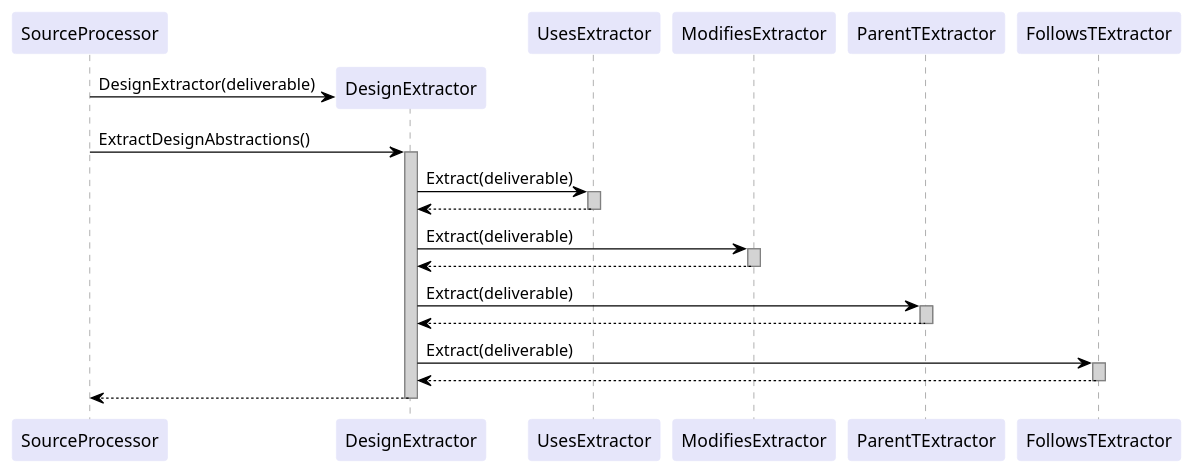
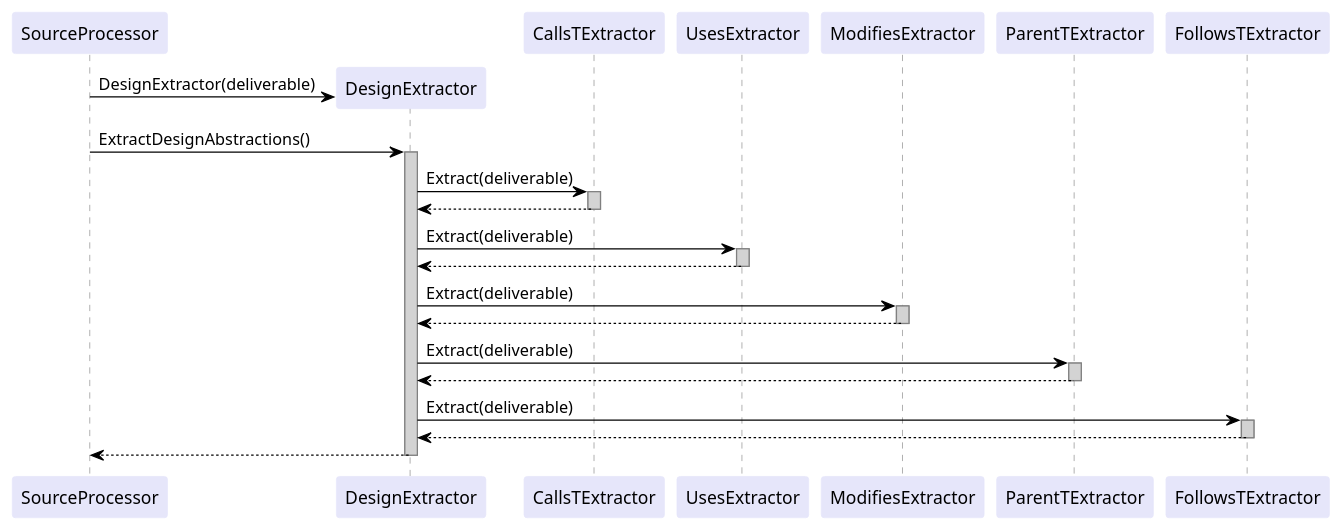
Before and after one commit to rtshkmr/CS3203-StaticProgramAnalyzer: the diagram in docs/sd/DesignExtractorSD.puml, drawn with PlantUML.

```diff
--- a/docs/sd/DesignExtractorSD.puml
+++ b/docs/sd/DesignExtractorSD.puml
@@ -1,46 +1,52 @@
 @startuml de
   skinparam shadowing false
   skinparam sequence {
     ArrowColor black
     LifeLineBorderColor grey
     LifeLineBackgroundColor lightgray
     ParticipantBorderColor lavender
     ParticipantBackgroundColor lavender
   }
 
   participant SourceProcessor
   participant DesignExtractor
+  participant CallsTExtractor
   participant UsesExtractor
   participant ModifiesExtractor
   participant ParentTExtractor
   participant FollowsTExtractor
 
   create DesignExtractor
   SourceProcessor -> DesignExtractor: DesignExtractor(deliverable)
   SourceProcessor -> DesignExtractor: ExtractDesignAbstractions()
   activate DesignExtractor
+
+  DesignExtractor -> CallsTExtractor: Extract(deliverable)
+  activate CallsTExtractor
+  CallsTExtractor --> DesignExtractor
+  deactivate CallsTExtractor
 
   DesignExtractor -> UsesExtractor: Extract(deliverable)
   activate UsesExtractor
   UsesExtractor --> DesignExtractor
   deactivate UsesExtractor
 
   DesignExtractor -> ModifiesExtractor: Extract(deliverable)
   activate ModifiesExtractor
   ModifiesExtractor --> DesignExtractor
   deactivate ModifiesExtractor
 
   DesignExtractor -> ParentTExtractor: Extract(deliverable)
   activate ParentTExtractor
   ParentTExtractor --> DesignExtractor
   deactivate ParentTExtractor
 
   DesignExtractor -> FollowsTExtractor: Extract(deliverable)
   activate FollowsTExtractor
   FollowsTExtractor --> DesignExtractor
   deactivate FollowsTExtractor
 
   DesignExtractor --> SourceProcessor
   deactivate DesignExtractor
 
 @enduml
```
